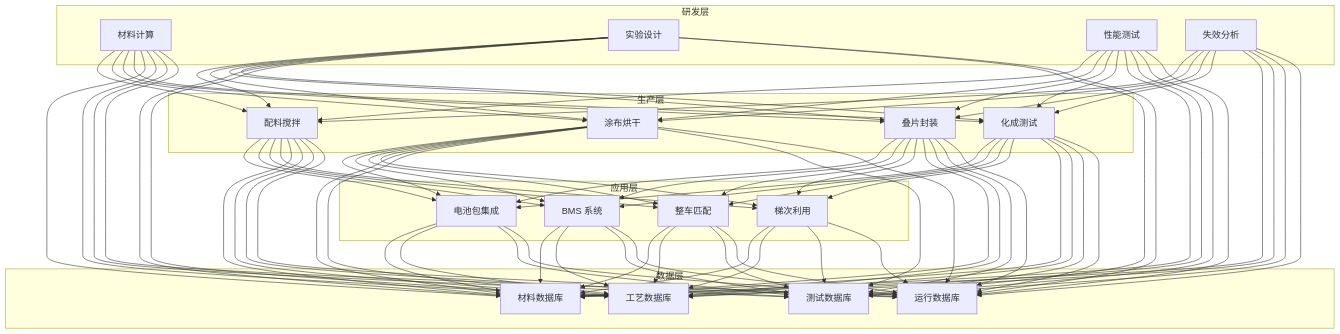
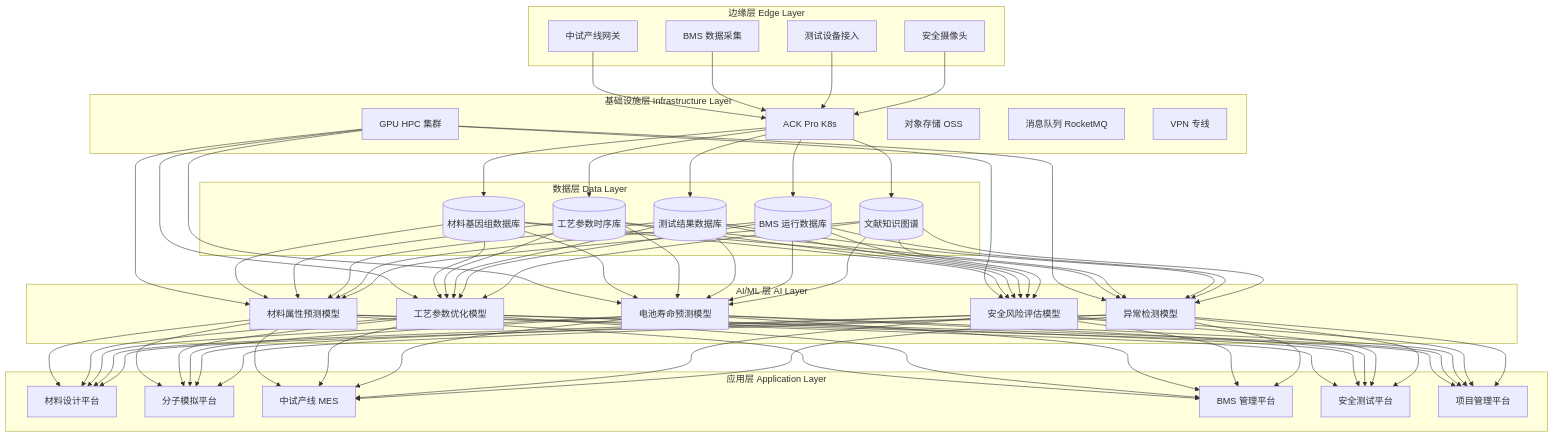
Before and after one commit to kudig-io/kudig-database: the first of 4 diagrams in topic-application-architecture/86-solid-state-battery.md, drawn with Mermaid. The commit also changed other lines of this file and 8633 other files, not shown here.

````diff
--- a/topic-application-architecture/86-solid-state-battery.md
+++ b/topic-application-architecture/86-solid-state-battery.md
@@ -49,34 +138,48 @@
 ```mermaid
 graph TB
-    subgraph 研发层
-        R1[材料计算]
-        R2[实验设计]
-        R3[性能测试]
-        R4[失效分析]
+    subgraph DataLayer["数据层 Data Layer"]
+        D1[(材料基因组数据库)]
+        D2[(工艺参数时序库)]
+        D3[(测试结果数据库)]
+        D4[(BMS 运行数据库)]
+        D5[(文献知识图谱)]
     end
 
-    subgraph 生产层
-        P1[配料搅拌]
-        P2[涂布烘干]
-        P3[叠片封装]
-        P4[化成测试]
+    subgraph AppLayer["应用层 Application Layer"]
+        A1[材料设计平台]
+        A2[分子模拟平台]
+        A3[中试产线 MES]
+        A4[BMS 管理平台]
+        A5[安全测试平台]
+        A6[项目管理平台]
     end
 
-    subgraph 应用层
-        A1[电池包集成]
-        A2[BMS 系统]
-        A3[整车匹配]
-        A4[梯次利用]
+    subgraph AILayer["AI/ML 层 AI Layer"]
+        AI1[材料属性预测模型]
+        AI2[工艺参数优化模型]
+        AI3[电池寿命预测模型]
+        AI4[安全风险评估模型]
+        AI5[异常检测模型]
     end
 
-    subgraph 数据层
-        D1[材料数据库]
-        D2[工艺数据库]
-        D3[测试数据库]
-        D4[运行数据库]
+    subgraph InfraLayer["基础设施层 Infrastructure Layer"]
+        I1[GPU HPC 集群]
+        I2[ACK Pro K8s]
+        I3[对象存储 OSS]
+        I4[消息队列 RocketMQ]
+        I5[VPN 专线]
     end
 
-    R1 & R2 & R3 & R4 --> P1 & P2 & P3 & P4
-    P1 & P2 & P3 & P4 --> A1 & A2 & A3 & A4
-    R1 & R2 & R3 & R4 & P1 & P2 & P3 & P4 & A1 & A2 & A3 & A4 --> D1 & D2 & D3 & D4
+    subgraph EdgeLayer["边缘层 Edge Layer"]
+        E1[中试产线网关]
+        E2[BMS 数据采集]
+        E3[测试设备接入]
+        E4[安全摄像头]
+    end
+
+    E1 & E2 & E3 & E4 --> I2
+    I1 --> AI1 & AI2 & AI3 & AI4 & AI5
+    D1 & D2 & D3 & D4 & D5 --> AI1 & AI2 & AI3 & AI4 & AI5
+    AI1 & AI2 & AI3 & AI4 & AI5 --> A1 & A2 & A3 & A4 & A5 & A6
+    I2 --> D1 & D2 & D3 & D4 & D5
 ```
````
